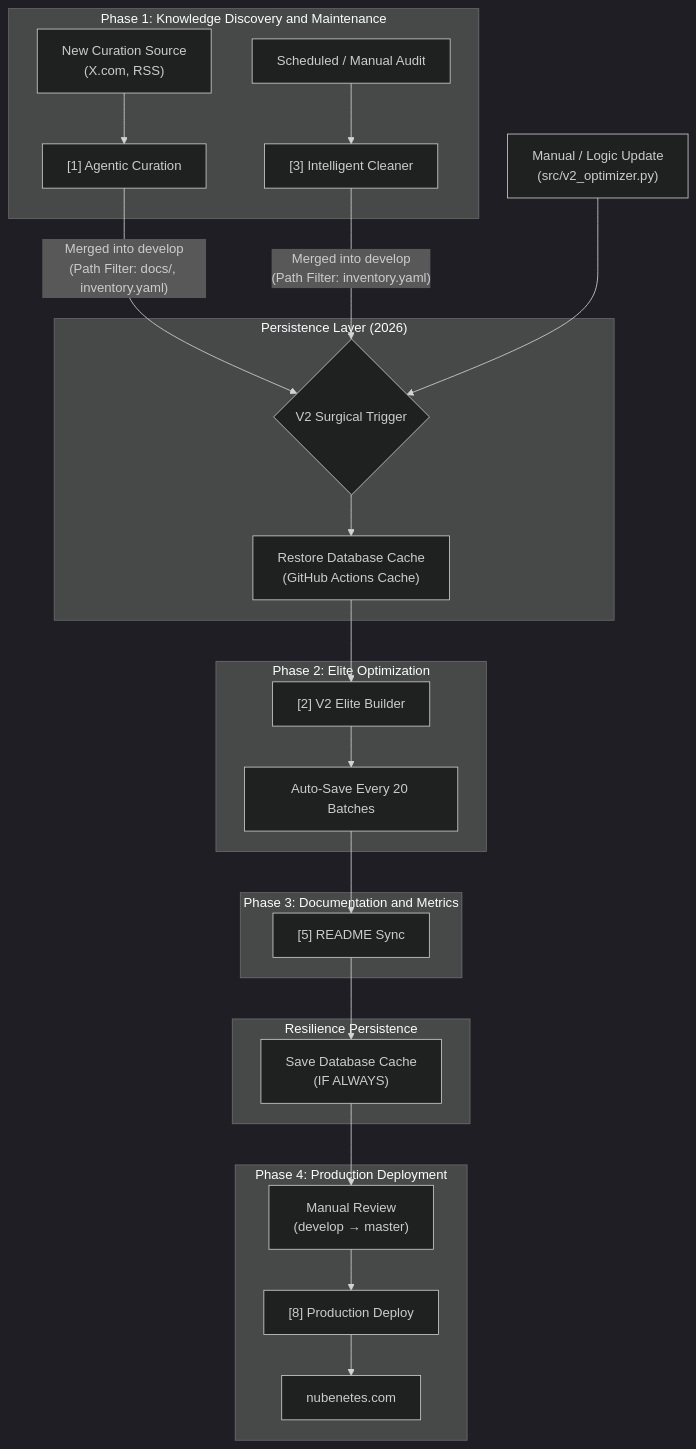
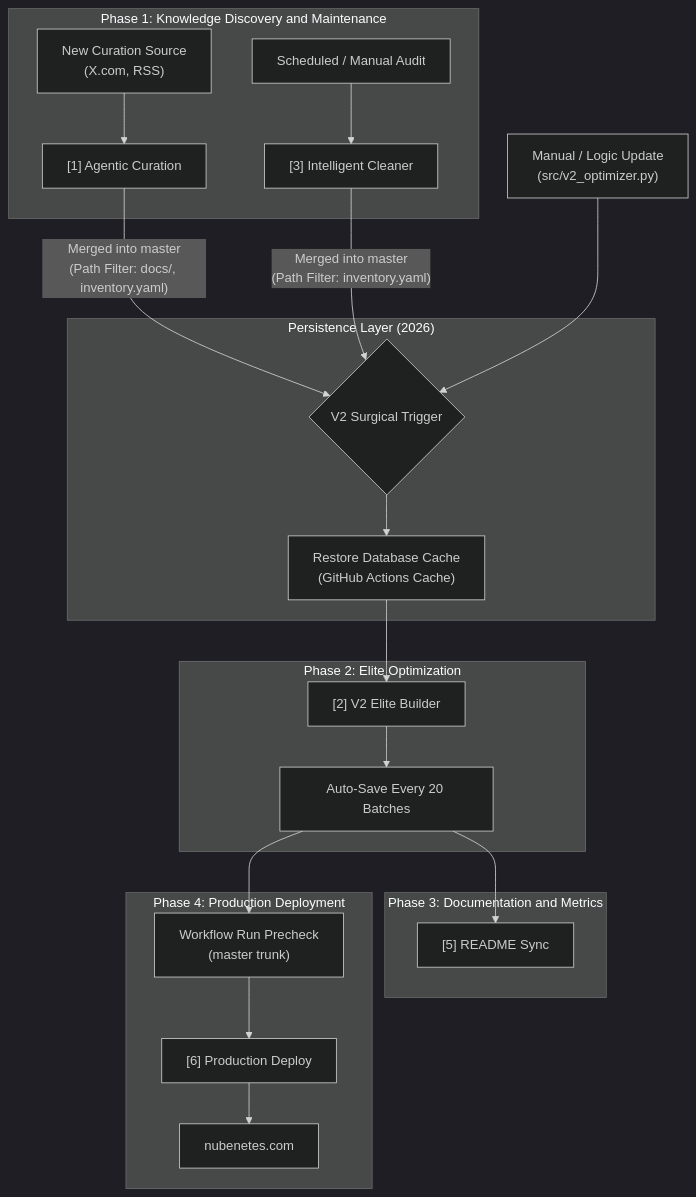
One commit to nubenetes/awesome-kubernetes changed diagram 12 of 14 in README.md. Above: the diagram before and after it, drawn with Mermaid (dark theme). The commit also changed other lines of this file and 25 other files, not shown here.

Commit message:
feat(ci): migrate repository architecture to trunk-based development on master

````diff
--- a/README.md
+++ b/README.md
@@ -1169,34 +1169,30 @@
 ```mermaid
 graph TD
     subgraph "Phase 1: Knowledge Discovery and Maintenance"
         A["New Curation Source<br/>(X.com, RSS)"] --> B["[1] Agentic Curation"]
         C["Scheduled / Manual Audit"] --> D["[3] Intelligent Cleaner"]
     end
 
-    B -->|"Merged into develop<br/>(Path Filter: docs/, inventory.yaml)"| E{"V2 Surgical Trigger"}
-    D -->|"Merged into develop<br/>(Path Filter: inventory.yaml)"| E
+    B -->|"Merged into master<br/>(Path Filter: docs/, inventory.yaml)"| E{"V2 Surgical Trigger"}
+    D -->|"Merged into master<br/>(Path Filter: inventory.yaml)"| E
     F["Manual / Logic Update<br/>(src/v2_optimizer.py)"] --> E
 
     subgraph "Persistence Layer (2026)"
         E --> H_RESTORE["Restore Database Cache<br/>(GitHub Actions Cache)"]
     end
 
     subgraph "Phase 2: Elite Optimization"
         H_RESTORE --> G["[2] V2 Elite Builder"]
         G --> G_AUTO["Auto-Save Every 20 Batches"]
     end
 
     subgraph "Phase 3: Documentation and Metrics"
         G_AUTO --> H["[5] README Sync"]
     end
 
-    subgraph "Resilience Persistence"
-        H --> H_SAVE["Save Database Cache<br/>(IF ALWAYS)"]
-    end
-
     subgraph "Phase 4: Production Deployment"
-        H_SAVE --> I["Manual Review<br/>(develop → master)"]
-        I --> J["[8] Production Deploy"]
+        G_AUTO --> I["Workflow Run Precheck<br/>(master trunk)"]
+        I --> J["[6] Production Deploy"]
         J --> K["nubenetes.com"]
     end
 ```
````
